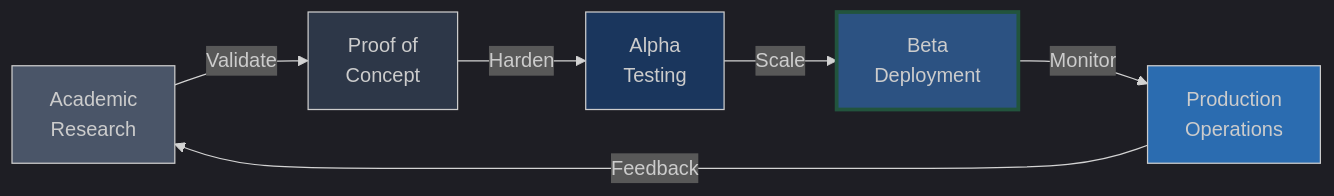
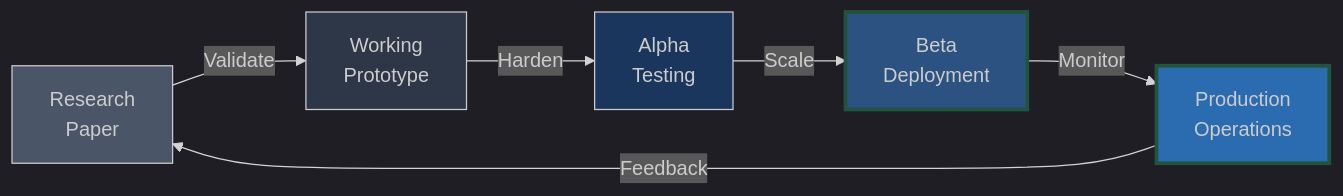
The third of 3 diagrams in README.md (perryjr1444-ux/perryjr1444-ux), drawn with Mermaid before and after one commit. The commit also changed other lines of this file, not shown here.

First line of the commit message:
Update profile README with comprehensive ecosystem architecture

````diff
--- a/README.md
+++ b/README.md
@@ -249,18 +428,18 @@
 ```mermaid
 %%{init: {'theme':'dark'}}%%
 graph LR
-    A[Academic<br/>Research] -->|Validate| B[Proof of<br/>Concept]
+    A[Research<br/>Paper] -->|Validate| B[Working<br/>Prototype]
     B -->|Harden| C[Alpha<br/>Testing]
     C -->|Scale| D[Beta<br/>Deployment]
     D -->|Monitor| E[Production<br/>Operations]
     E -->|Feedback| A
-    
+
     style A fill:#4a5568
     style B fill:#2d3748
     style C fill:#1a365d
     style D fill:#2c5282
     style E fill:#2b6cb0
-    
+
     classDef current fill:#48bb78,stroke:#22543d,stroke-width:3px
-    class D current
+    class D,E current
 ```
````
